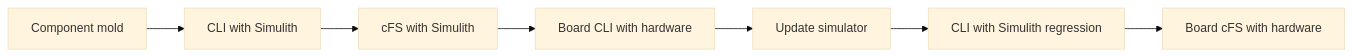
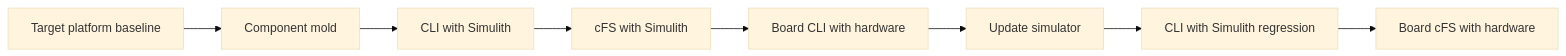
One commit to VoyagerTechnologies-Public/shire changed the diagram in atlas/docs/scenarios/component-hardware-development.md. Above: the diagram before and after it, drawn with Mermaid (base theme). The commit also changed other lines of this file and 15 other files, not shown here.

````diff
--- a/atlas/docs/scenarios/component-hardware-development.md
+++ b/atlas/docs/scenarios/component-hardware-development.md
@@ -12,9 +12,10 @@
 ```mermaid
 flowchart LR
-    Mold[Component mold] --> CliSim[CLI with Simulith]
+    Target[Target platform baseline] --> Mold[Component mold]
+    Mold --> CliSim[CLI with Simulith]
     CliSim --> CfsSim[cFS with Simulith]
     CfsSim --> CliHw[Board CLI with hardware]
     CliHw --> SimUpdate[Update simulator]
     SimUpdate --> CliRegression[CLI with Simulith regression]
     CliRegression --> CfsHw[Board cFS with hardware]
 ```
````
